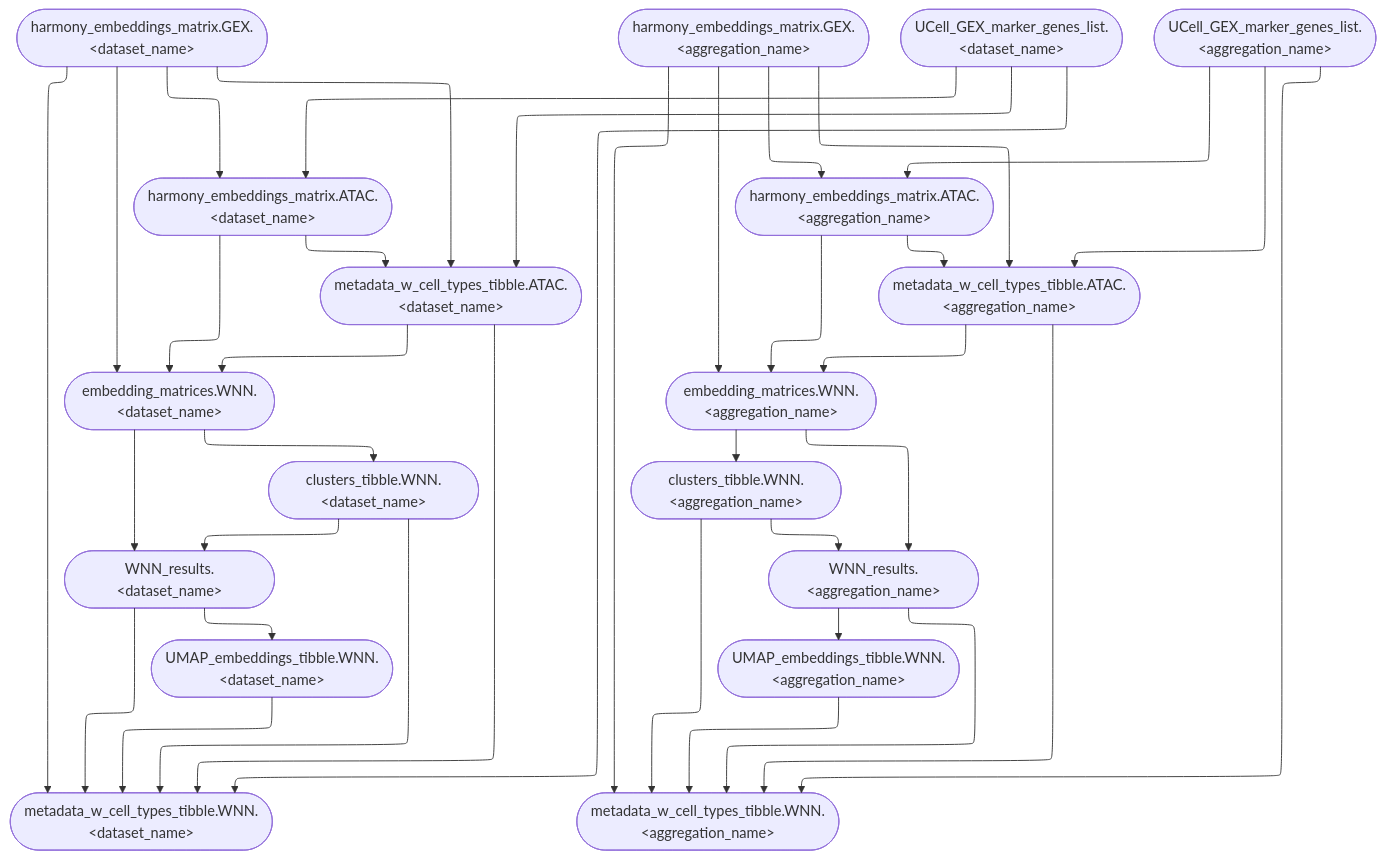
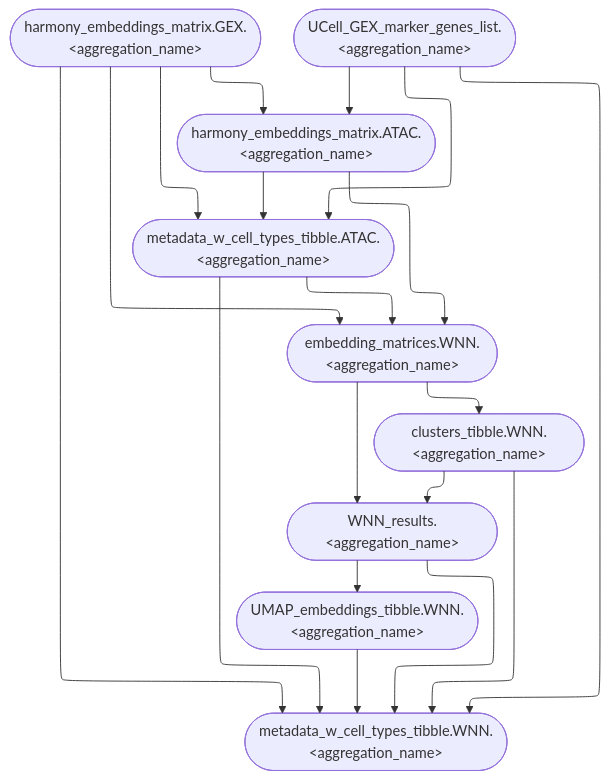
The diagram in website/figures/human_curated/WNN_v2.mmd (koefoeden/multiomeR), drawn with Mermaid before and after one commit. The commit also changed 22 other files, not shown here.

```diff
--- a/website/figures/human_curated/WNN_v2.mmd
+++ b/website/figures/human_curated/WNN_v2.mmd
@@ -1,38 +1,20 @@
 %%{init: {'flowchart': {'defaultRenderer': 'elk'}}}%%
 flowchart TB
-  harmony_embeddings_matrix.ATAC.muscle(["harmony_embeddings_matrix.ATAC.&lt;dataset_name&gt;"]):::none --> embedding_matrices.WNN.muscle(["embedding_matrices.WNN.&lt;dataset_name&gt;"]):::none
-  metadata_w_cell_types_tibble.ATAC.muscle(["metadata_w_cell_types_tibble.ATAC.&lt;dataset_name&gt;"]):::none --> embedding_matrices.WNN.muscle(["embedding_matrices.WNN.&lt;dataset_name&gt;"]):::none
-  harmony_embeddings_matrix.GEX.muscle(["harmony_embeddings_matrix.GEX.&lt;dataset_name&gt;"]):::none --> embedding_matrices.WNN.muscle(["embedding_matrices.WNN.&lt;dataset_name&gt;"]):::none
-  harmony_embeddings_matrix.GEX.muscle_test(["harmony_embeddings_matrix.GEX.&lt;aggregation_name&gt;"]):::none --> embedding_matrices.WNN.muscle_test(["embedding_matrices.WNN.&lt;aggregation_name&gt;"]):::none
-  harmony_embeddings_matrix.ATAC.muscle_test(["harmony_embeddings_matrix.ATAC.&lt;aggregation_name&gt;"]):::none --> embedding_matrices.WNN.muscle_test(["embedding_matrices.WNN.&lt;aggregation_name&gt;"]):::none
-  metadata_w_cell_types_tibble.ATAC.muscle_test(["metadata_w_cell_types_tibble.ATAC.&lt;aggregation_name&gt;"]):::none --> embedding_matrices.WNN.muscle_test(["embedding_matrices.WNN.&lt;aggregation_name&gt;"]):::none
-  UCell_GEX_marker_genes_list.muscle(["UCell_GEX_marker_genes_list.&lt;dataset_name&gt;"]):::none --> metadata_w_cell_types_tibble.WNN.muscle(["metadata_w_cell_types_tibble.WNN.&lt;dataset_name&gt;"]):::none
-  UCell_GEX_marker_genes_list.muscle_test(["UCell_GEX_marker_genes_list.&lt;aggregation_name&gt;"]):::none --> metadata_w_cell_types_tibble.WNN.muscle_test(["metadata_w_cell_types_tibble.WNN.&lt;aggregation_name&gt;"]):::none
-  WNN_results.muscle(["WNN_results.&lt;dataset_name&gt;"]):::none --> UMAP_embeddings_tibble.WNN.muscle(["UMAP_embeddings_tibble.WNN.&lt;dataset_name&gt;"]):::none
-  WNN_results.muscle_test(["WNN_results.&lt;aggregation_name&gt;"]):::none --> UMAP_embeddings_tibble.WNN.muscle_test(["UMAP_embeddings_tibble.WNN.&lt;aggregation_name&gt;"]):::none
-  clusters_tibble.WNN.muscle(["clusters_tibble.WNN.&lt;dataset_name&gt;"]):::none --> WNN_results.muscle(["WNN_results.&lt;dataset_name&gt;"]):::none
-  embedding_matrices.WNN.muscle(["embedding_matrices.WNN.&lt;dataset_name&gt;"]):::none --> WNN_results.muscle(["WNN_results.&lt;dataset_name&gt;"]):::none
-  embedding_matrices.WNN.muscle_test(["embedding_matrices.WNN.&lt;aggregation_name&gt;"]):::none --> WNN_results.muscle_test(["WNN_results.&lt;aggregation_name&gt;"]):::none
-  clusters_tibble.WNN.muscle_test(["clusters_tibble.WNN.&lt;aggregation_name&gt;"]):::none --> WNN_results.muscle_test(["WNN_results.&lt;aggregation_name&gt;"]):::none
-  UCell_GEX_marker_genes_list.muscle(["UCell_GEX_marker_genes_list.&lt;dataset_name&gt;"]):::none --> harmony_embeddings_matrix.ATAC.muscle(["harmony_embeddings_matrix.ATAC.&lt;dataset_name&gt;"]):::none
-  harmony_embeddings_matrix.GEX.muscle(["harmony_embeddings_matrix.GEX.&lt;dataset_name&gt;"]):::none --> harmony_embeddings_matrix.ATAC.muscle(["harmony_embeddings_matrix.ATAC.&lt;dataset_name&gt;"]):::none
-  UCell_GEX_marker_genes_list.muscle(["UCell_GEX_marker_genes_list.&lt;dataset_name&gt;"]):::none --> metadata_w_cell_types_tibble.ATAC.muscle(["metadata_w_cell_types_tibble.ATAC.&lt;dataset_name&gt;"]):::none
-  harmony_embeddings_matrix.GEX.muscle(["harmony_embeddings_matrix.GEX.&lt;dataset_name&gt;"]):::none --> metadata_w_cell_types_tibble.ATAC.muscle(["metadata_w_cell_types_tibble.ATAC.&lt;dataset_name&gt;"]):::none
-  UCell_GEX_marker_genes_list.muscle_test(["UCell_GEX_marker_genes_list.&lt;aggregation_name&gt;"]):::none --> harmony_embeddings_matrix.ATAC.muscle_test(["harmony_embeddings_matrix.ATAC.&lt;aggregation_name&gt;"]):::none
-  harmony_embeddings_matrix.GEX.muscle_test(["harmony_embeddings_matrix.GEX.&lt;aggregation_name&gt;"]):::none --> harmony_embeddings_matrix.ATAC.muscle_test(["harmony_embeddings_matrix.ATAC.&lt;aggregation_name&gt;"]):::none
-  UCell_GEX_marker_genes_list.muscle_test(["UCell_GEX_marker_genes_list.&lt;aggregation_name&gt;"]):::none --> metadata_w_cell_types_tibble.ATAC.muscle_test(["metadata_w_cell_types_tibble.ATAC.&lt;aggregation_name&gt;"]):::none
-  harmony_embeddings_matrix.GEX.muscle_test(["harmony_embeddings_matrix.GEX.&lt;aggregation_name&gt;"]):::none --> metadata_w_cell_types_tibble.ATAC.muscle_test(["metadata_w_cell_types_tibble.ATAC.&lt;aggregation_name&gt;"]):::none
-  embedding_matrices.WNN.muscle(["embedding_matrices.WNN.&lt;dataset_name&gt;"]):::none --> clusters_tibble.WNN.muscle(["clusters_tibble.WNN.&lt;dataset_name&gt;"]):::none
-  embedding_matrices.WNN.muscle_test(["embedding_matrices.WNN.&lt;aggregation_name&gt;"]):::none --> clusters_tibble.WNN.muscle_test(["clusters_tibble.WNN.&lt;aggregation_name&gt;"]):::none
-  harmony_embeddings_matrix.ATAC.muscle(["harmony_embeddings_matrix.ATAC.&lt;dataset_name&gt;"]):::none --> metadata_w_cell_types_tibble.ATAC.muscle(["metadata_w_cell_types_tibble.ATAC.&lt;dataset_name&gt;"]):::none
-  harmony_embeddings_matrix.ATAC.muscle_test(["harmony_embeddings_matrix.ATAC.&lt;aggregation_name&gt;"]):::none --> metadata_w_cell_types_tibble.ATAC.muscle_test(["metadata_w_cell_types_tibble.ATAC.&lt;aggregation_name&gt;"]):::none
-  metadata_w_cell_types_tibble.ATAC.muscle(["metadata_w_cell_types_tibble.ATAC.&lt;dataset_name&gt;"]):::none --> metadata_w_cell_types_tibble.WNN.muscle(["metadata_w_cell_types_tibble.WNN.&lt;dataset_name&gt;"]):::none
-  WNN_results.muscle(["WNN_results.&lt;dataset_name&gt;"]):::none --> metadata_w_cell_types_tibble.WNN.muscle(["metadata_w_cell_types_tibble.WNN.&lt;dataset_name&gt;"]):::none
-  UMAP_embeddings_tibble.WNN.muscle(["UMAP_embeddings_tibble.WNN.&lt;dataset_name&gt;"]):::none --> metadata_w_cell_types_tibble.WNN.muscle(["metadata_w_cell_types_tibble.WNN.&lt;dataset_name&gt;"]):::none
-  clusters_tibble.WNN.muscle(["clusters_tibble.WNN.&lt;dataset_name&gt;"]):::none --> metadata_w_cell_types_tibble.WNN.muscle(["metadata_w_cell_types_tibble.WNN.&lt;dataset_name&gt;"]):::none
-  harmony_embeddings_matrix.GEX.muscle(["harmony_embeddings_matrix.GEX.&lt;dataset_name&gt;"]):::none --> metadata_w_cell_types_tibble.WNN.muscle(["metadata_w_cell_types_tibble.WNN.&lt;dataset_name&gt;"]):::none
-  UMAP_embeddings_tibble.WNN.muscle_test(["UMAP_embeddings_tibble.WNN.&lt;aggregation_name&gt;"]):::none --> metadata_w_cell_types_tibble.WNN.muscle_test(["metadata_w_cell_types_tibble.WNN.&lt;aggregation_name&gt;"]):::none
-  WNN_results.muscle_test(["WNN_results.&lt;aggregation_name&gt;"]):::none --> metadata_w_cell_types_tibble.WNN.muscle_test(["metadata_w_cell_types_tibble.WNN.&lt;aggregation_name&gt;"]):::none
-  clusters_tibble.WNN.muscle_test(["clusters_tibble.WNN.&lt;aggregation_name&gt;"]):::none --> metadata_w_cell_types_tibble.WNN.muscle_test(["metadata_w_cell_types_tibble.WNN.&lt;aggregation_name&gt;"]):::none
-  metadata_w_cell_types_tibble.ATAC.muscle_test(["metadata_w_cell_types_tibble.ATAC.&lt;aggregation_name&gt;"]):::none --> metadata_w_cell_types_tibble.WNN.muscle_test(["metadata_w_cell_types_tibble.WNN.&lt;aggregation_name&gt;"]):::none
-  harmony_embeddings_matrix.GEX.muscle_test(["harmony_embeddings_matrix.GEX.&lt;aggregation_name&gt;"]):::none --> metadata_w_cell_types_tibble.WNN.muscle_test(["metadata_w_cell_types_tibble.WNN.&lt;aggregation_name&gt;"]):::none
+  metadata_w_cell_types_tibble.ATAC.brain_mouse(["metadata_w_cell_types_tibble.ATAC.&lt;aggregation_name&gt;"]):::none --> embedding_matrices.WNN.brain_mouse(["embedding_matrices.WNN.&lt;aggregation_name&gt;"]):::none
+  harmony_embeddings_matrix.ATAC.brain_mouse(["harmony_embeddings_matrix.ATAC.&lt;aggregation_name&gt;"]):::none --> embedding_matrices.WNN.brain_mouse(["embedding_matrices.WNN.&lt;aggregation_name&gt;"]):::none
+  harmony_embeddings_matrix.GEX.brain_mouse(["harmony_embeddings_matrix.GEX.&lt;aggregation_name&gt;"]):::none --> embedding_matrices.WNN.brain_mouse(["embedding_matrices.WNN.&lt;aggregation_name&gt;"]):::none
+  UCell_GEX_marker_genes_list.brain_mouse(["UCell_GEX_marker_genes_list.&lt;aggregation_name&gt;"]):::none --> metadata_w_cell_types_tibble.WNN.brain_mouse(["metadata_w_cell_types_tibble.WNN.&lt;aggregation_name&gt;"]):::none
+  WNN_results.brain_mouse(["WNN_results.&lt;aggregation_name&gt;"]):::none --> UMAP_embeddings_tibble.WNN.brain_mouse(["UMAP_embeddings_tibble.WNN.&lt;aggregation_name&gt;"]):::none
+  clusters_tibble.WNN.brain_mouse(["clusters_tibble.WNN.&lt;aggregation_name&gt;"]):::none --> WNN_results.brain_mouse(["WNN_results.&lt;aggregation_name&gt;"]):::none
+  embedding_matrices.WNN.brain_mouse(["embedding_matrices.WNN.&lt;aggregation_name&gt;"]):::none --> WNN_results.brain_mouse(["WNN_results.&lt;aggregation_name&gt;"]):::none
+  UCell_GEX_marker_genes_list.brain_mouse(["UCell_GEX_marker_genes_list.&lt;aggregation_name&gt;"]):::none --> harmony_embeddings_matrix.ATAC.brain_mouse(["harmony_embeddings_matrix.ATAC.&lt;aggregation_name&gt;"]):::none
+  harmony_embeddings_matrix.GEX.brain_mouse(["harmony_embeddings_matrix.GEX.&lt;aggregation_name&gt;"]):::none --> harmony_embeddings_matrix.ATAC.brain_mouse(["harmony_embeddings_matrix.ATAC.&lt;aggregation_name&gt;"]):::none
+  UCell_GEX_marker_genes_list.brain_mouse(["UCell_GEX_marker_genes_list.&lt;aggregation_name&gt;"]):::none --> metadata_w_cell_types_tibble.ATAC.brain_mouse(["metadata_w_cell_types_tibble.ATAC.&lt;aggregation_name&gt;"]):::none
+  harmony_embeddings_matrix.GEX.brain_mouse(["harmony_embeddings_matrix.GEX.&lt;aggregation_name&gt;"]):::none --> metadata_w_cell_types_tibble.ATAC.brain_mouse(["metadata_w_cell_types_tibble.ATAC.&lt;aggregation_name&gt;"]):::none
+  embedding_matrices.WNN.brain_mouse(["embedding_matrices.WNN.&lt;aggregation_name&gt;"]):::none --> clusters_tibble.WNN.brain_mouse(["clusters_tibble.WNN.&lt;aggregation_name&gt;"]):::none
+  harmony_embeddings_matrix.ATAC.brain_mouse(["harmony_embeddings_matrix.ATAC.&lt;aggregation_name&gt;"]):::none --> metadata_w_cell_types_tibble.ATAC.brain_mouse(["metadata_w_cell_types_tibble.ATAC.&lt;aggregation_name&gt;"]):::none
+  metadata_w_cell_types_tibble.ATAC.brain_mouse(["metadata_w_cell_types_tibble.ATAC.&lt;aggregation_name&gt;"]):::none --> metadata_w_cell_types_tibble.WNN.brain_mouse(["metadata_w_cell_types_tibble.WNN.&lt;aggregation_name&gt;"]):::none
+  UMAP_embeddings_tibble.WNN.brain_mouse(["UMAP_embeddings_tibble.WNN.&lt;aggregation_name&gt;"]):::none --> metadata_w_cell_types_tibble.WNN.brain_mouse(["metadata_w_cell_types_tibble.WNN.&lt;aggregation_name&gt;"]):::none
+  clusters_tibble.WNN.brain_mouse(["clusters_tibble.WNN.&lt;aggregation_name&gt;"]):::none --> metadata_w_cell_types_tibble.WNN.brain_mouse(["metadata_w_cell_types_tibble.WNN.&lt;aggregation_name&gt;"]):::none
+  WNN_results.brain_mouse(["WNN_results.&lt;aggregation_name&gt;"]):::none --> metadata_w_cell_types_tibble.WNN.brain_mouse(["metadata_w_cell_types_tibble.WNN.&lt;aggregation_name&gt;"]):::none
+  harmony_embeddings_matrix.GEX.brain_mouse(["harmony_embeddings_matrix.GEX.&lt;aggregation_name&gt;"]):::none --> metadata_w_cell_types_tibble.WNN.brain_mouse(["metadata_w_cell_types_tibble.WNN.&lt;aggregation_name&gt;"]):::none
```
